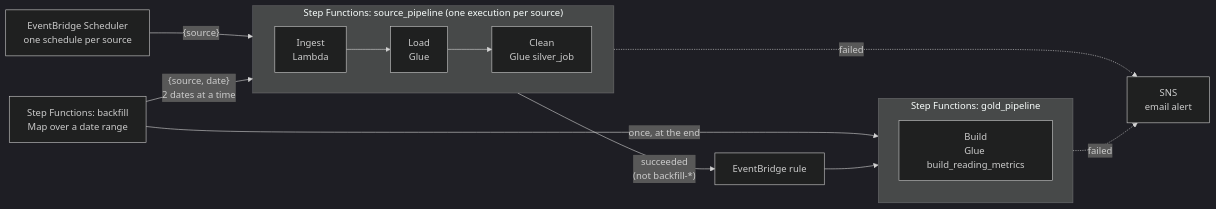
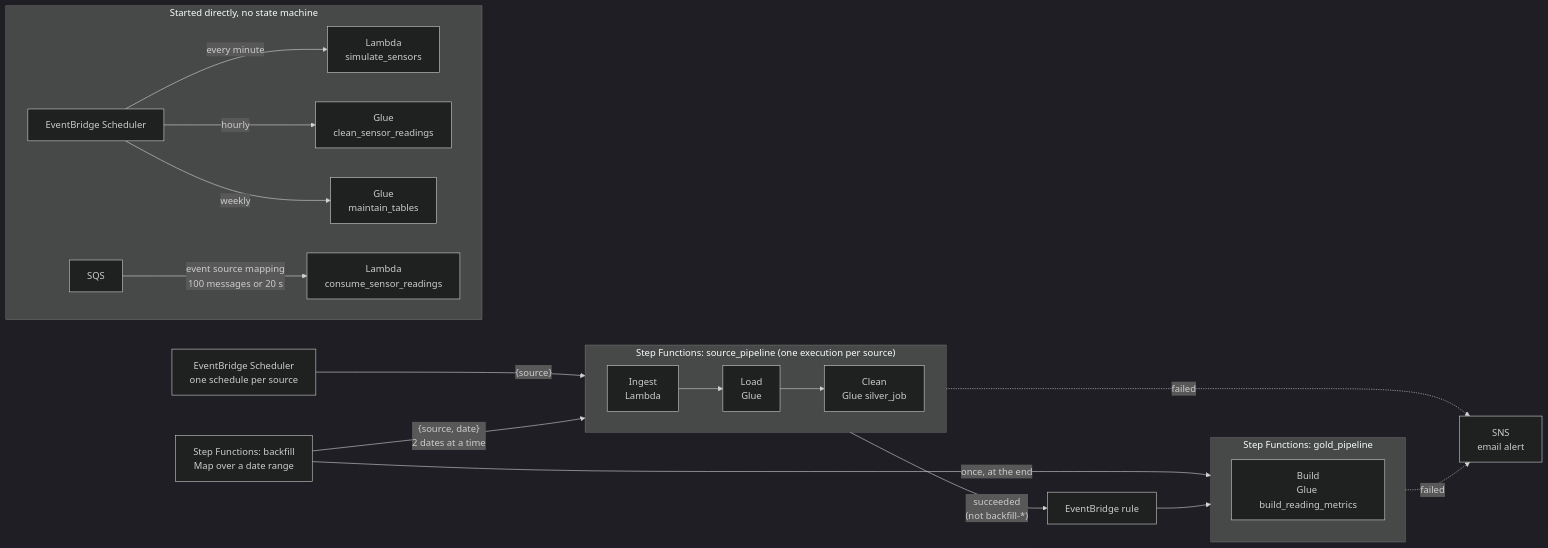
Before and after one commit to matiastulli/aws-terraform-glue-iceberg-medallion: the second of 2 diagrams in README.md, drawn with Mermaid (dark theme). The commit also changed other lines of this file, not shown here.

Commit message:
Update README.md to enhance architecture description and clarify AWS connection setup

````diff
--- a/README.md
+++ b/README.md
@@ -42,20 +61,28 @@
 ```mermaid
 flowchart LR
     sched["EventBridge Scheduler<br/>one schedule per source"] -- "{source}" --> sp
     bf["Step Functions: backfill<br/>Map over a date range"] -- "{source, date}<br/>2 dates at a time" --> sp
     bf -- "once, at the end" --> gp
 
     subgraph sp["Step Functions: source_pipeline (one execution per source)"]
         direction LR
         i["Ingest<br/>Lambda"] --> l["Load<br/>Glue"] --> c["Clean<br/>Glue silver_job"]
     end
 
     sp -- "succeeded<br/>(not backfill-*)" --> rule["EventBridge rule"] --> gp
 
     subgraph gp["Step Functions: gold_pipeline"]
         b["Build<br/>Glue build_reading_metrics"]
     end
 
     sp -. failed .-> sns["SNS<br/>email alert"]
     gp -. failed .-> sns
+
+    subgraph direct["Started directly, no state machine"]
+        direction LR
+        s2["EventBridge Scheduler"] -- "every minute" --> sim["Lambda<br/>simulate_sensors"]
+        s2 -- hourly --> csr["Glue<br/>clean_sensor_readings"]
+        s2 -- "weekly" --> mt["Glue<br/>maintain_tables"]
+        q["SQS"] -- "event source mapping<br/>100 messages or 20 s" --> cons["Lambda<br/>consume_sensor_readings"]
+    end
 ```
````
